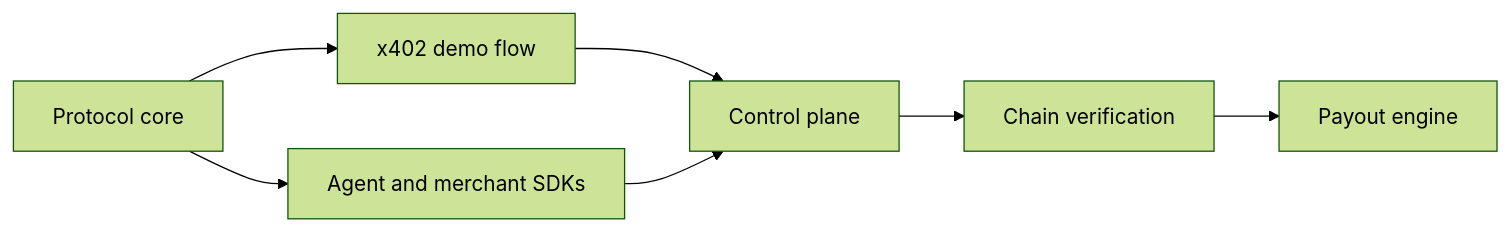
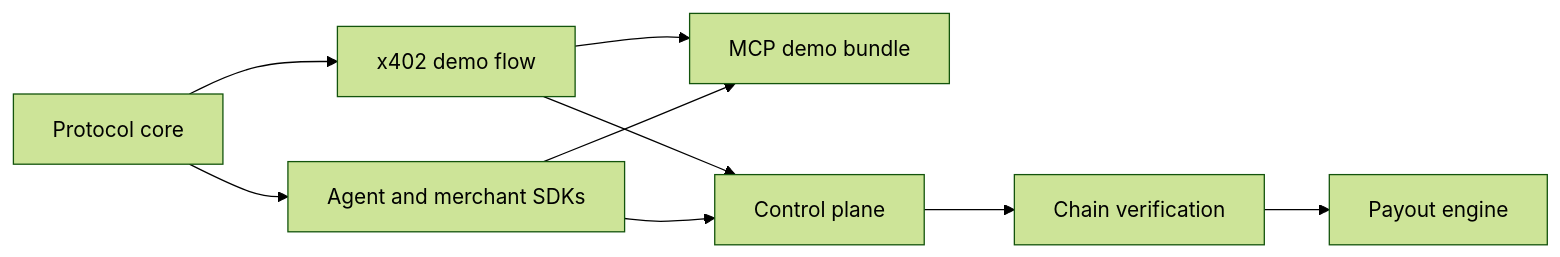
One commit to split402protocol/splitx402 changed the diagram in docs/CURRENT_STATE.md. Above: the diagram before and after it, drawn with Mermaid (forest theme). The commit also changed other lines of this file and 16 other files, not shown here.

Commit message:
Add Phase 7 MCP demo bundle

````diff
--- a/docs/CURRENT_STATE.md
+++ b/docs/CURRENT_STATE.md
@@ -14,16 +14,19 @@
 ```mermaid
 flowchart LR
   Protocol["Protocol core"]
   Demo["x402 demo flow"]
   SDKs["Agent and merchant SDKs"]
+  Mcp["MCP demo bundle"]
   Control["Control plane"]
   Verification["Chain verification"]
   Payouts["Payout engine"]
 
   Protocol --> Demo
   Protocol --> SDKs
   Demo --> Control
+  Demo --> Mcp
   SDKs --> Control
+  SDKs --> Mcp
   Control --> Verification
   Verification --> Payouts
 ```
````
